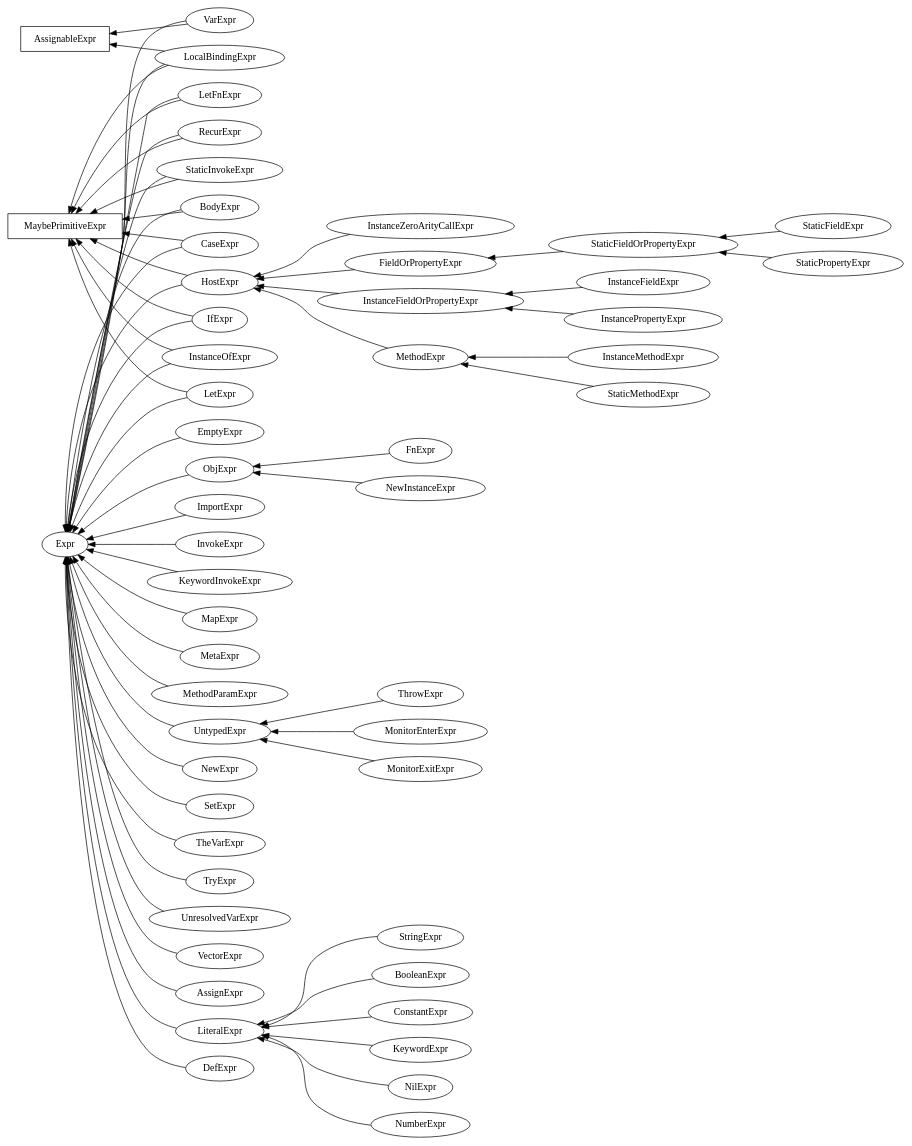
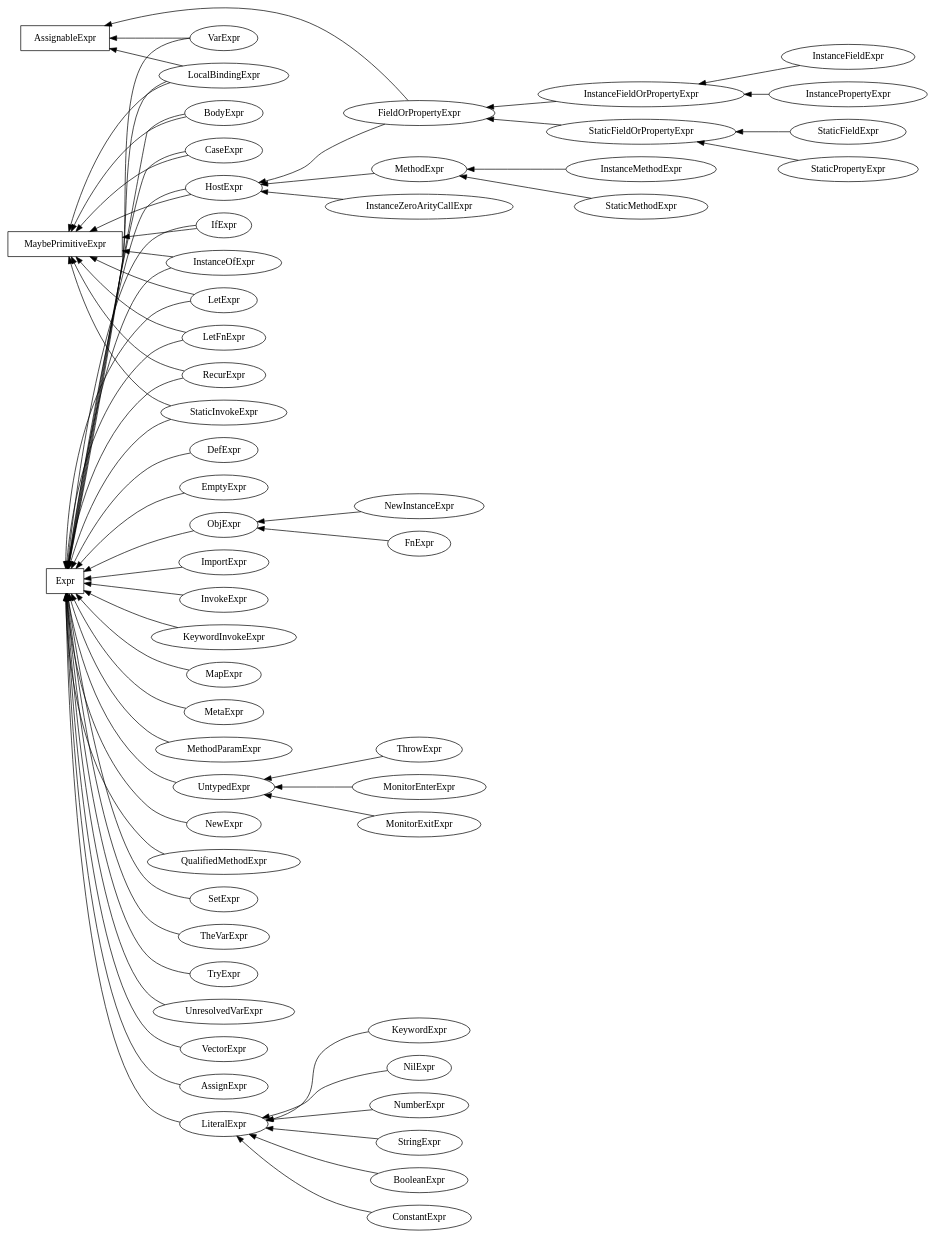
Before and after one commit to dmiller/clojure-clr-next: the diagram in docs/expr-type-dependencies.dot, drawn with Graphviz. The commit also changed 2 other files, not shown here.

```diff
--- a/docs/expr-type-dependencies.dot
+++ b/docs/expr-type-dependencies.dot
@@ -1,74 +1,75 @@
 strict digraph G {
 
 rankdir = RL;
 
 /* here start the interfaces */
 
 {
 	node [shape=box];
 
 	AssignableExpr;
 	MaybePrimitiveExpr;
+	Expr;
 }
 
 /* Here start (mostly) the classes */
 
 {
 	node [shape=ellipse]           
 		   
 	AssignExpr                   -> { Expr };          
 	BodyExpr                     -> { Expr, MaybePrimitiveExpr };
 	BooleanExpr                  -> { LiteralExpr };
 	CaseExpr                     -> { Expr, MaybePrimitiveExpr };
 	ConstantExpr                 -> { LiteralExpr };
 	DefExpr                      -> { Expr };
-	EmptyExpr                    -> { Expr };
-	Expr                         -> {};
-	FieldOrPropertyExpr          -> { HostExpr };
+	EmptyExpr                    -> { Expr };	
+	FieldOrPropertyExpr          -> { HostExpr, AssignableExpr };
 	FnExpr                       -> { ObjExpr };
 	HostExpr                     -> { Expr, MaybePrimitiveExpr };
 	IfExpr                       -> { Expr, MaybePrimitiveExpr };
 	ImportExpr                   -> { Expr };  
-	InstanceFieldOrPropertyExpr  -> { HostExpr };
+	InstanceFieldOrPropertyExpr  -> { FieldOrPropertyExpr };	
 	InstanceFieldExpr            -> { InstanceFieldOrPropertyExpr };
 	InstancePropertyExpr         -> { InstanceFieldOrPropertyExpr };
 	InstanceMethodExpr           -> { MethodExpr };
 	InstanceOfExpr               -> { Expr, MaybePrimitiveExpr };
 	InstanceZeroArityCallExpr    -> { HostExpr };         
 	InvokeExpr                   -> { Expr };            
 	KeywordExpr                  -> { LiteralExpr };
 	KeywordInvokeExpr            -> { Expr }; 
 	LetExpr                      -> { Expr, MaybePrimitiveExpr };
 	LetFnExpr                    -> { Expr, MaybePrimitiveExpr };
 	LiteralExpr                  -> { Expr };  
 	LocalBindingExpr             -> { Expr, MaybePrimitiveExpr, AssignableExpr };
 	MapExpr                      -> { Expr };
 	MetaExpr                     -> { Expr };   
 	MethodExpr                   -> { HostExpr };
 	MethodParamExpr              -> { Expr };   
 	MonitorEnterExpr             -> { UntypedExpr };   
 	MonitorExitExpr              -> { UntypedExpr }; 
 	NewExpr                      -> { Expr };
 	NewInstanceExpr              -> { ObjExpr };
 	NilExpr                      -> { LiteralExpr };           
 	NumberExpr                   -> { LiteralExpr };
 	ObjExpr                      -> { Expr };                          
 	RecurExpr                    -> { Expr, MaybePrimitiveExpr };
+	QualifiedMethodExpr          -> { Expr };
 	SetExpr                      -> { Expr };   
 	StaticFieldOrPropertyExpr    -> {FieldOrPropertyExpr };
 	StaticFieldExpr              -> { StaticFieldOrPropertyExpr };
 	StaticPropertyExpr           -> { StaticFieldOrPropertyExpr };
 	StaticInvokeExpr             -> { Expr, MaybePrimitiveExpr };
 	StaticMethodExpr             -> { MethodExpr };
 	StringExpr                   -> { LiteralExpr }; 
 	TheVarExpr                   -> { Expr };   
 	ThrowExpr                    -> { UntypedExpr }; 
 	TryExpr                      -> { Expr };   
 	UnresolvedVarExpr            -> { Expr };   
 	UntypedExpr                  -> { Expr };   
 	VarExpr                      -> { Expr, AssignableExpr };   
 	VectorExpr                   -> { Expr }; 
 
 }
 
 }
```
